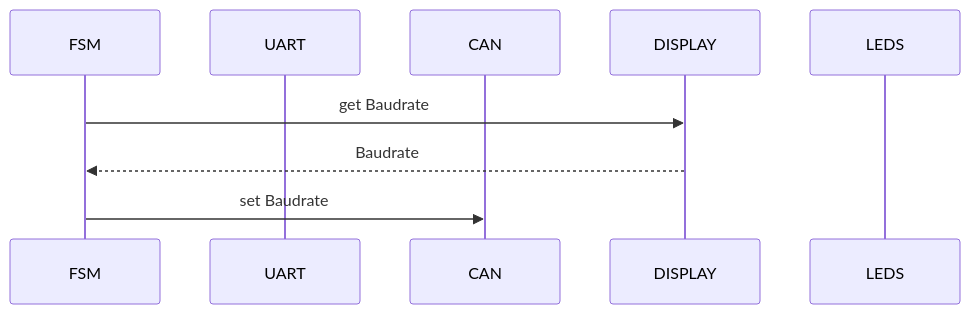
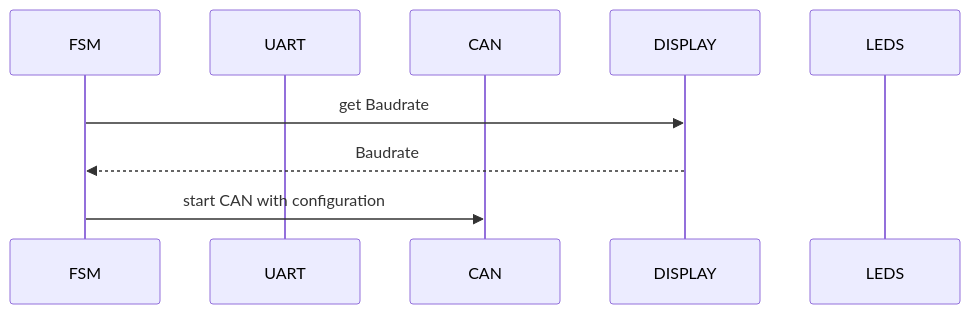
The third of 5 diagrams in Software/esp32/can-to-go-system/README.md (michaelgr22/can-to-go-system), drawn with Mermaid before and after one commit. The commit also changed other lines of this file, not shown here.

Commit message:
moved start of CAN task to Configuration

````diff
--- a/Software/esp32/can-to-go-system/README.md
+++ b/Software/esp32/can-to-go-system/README.md
@@ -33,12 +32,12 @@
 ```mermaid
 sequenceDiagram
     participant FSM
     participant UART
     participant CAN
     participant DISPLAY
     participant LEDS
 
     FSM->>DISPLAY: get Baudrate
     DISPLAY-->>FSM: Baudrate 
-    FSM->>CAN: set Baudrate
+    FSM->>CAN: start CAN with configuration
 ```
````
